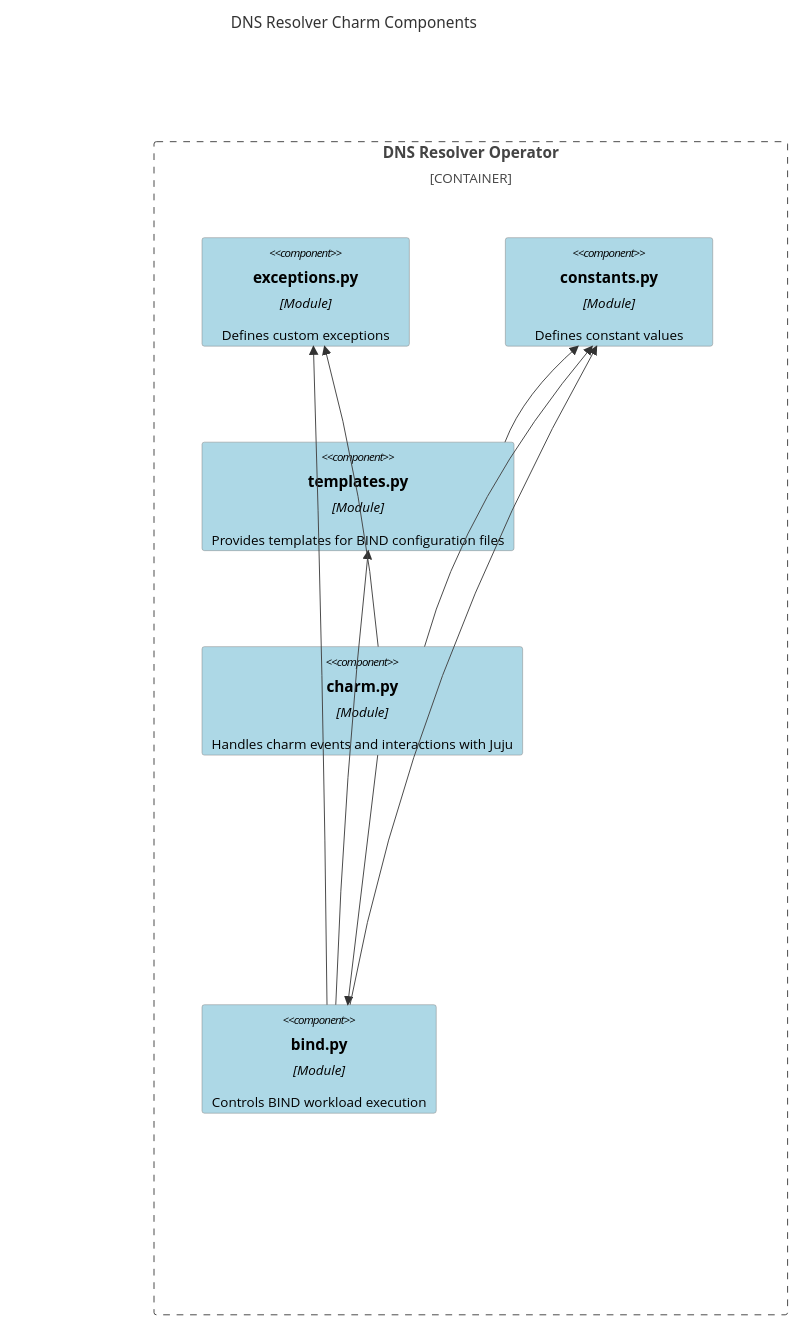
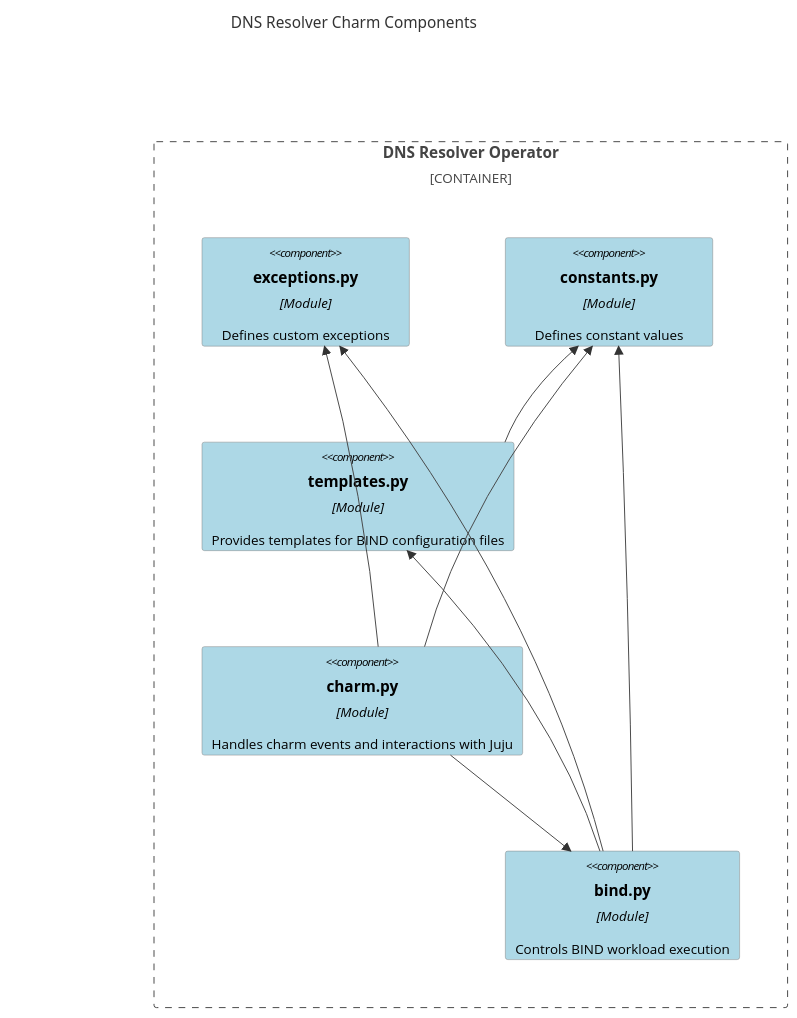
The diagram in docs/explanation/dns-resolver-charm-architecture.md (canonical/dns-operators), drawn with Mermaid before and after one commit.

Commit message:
Arrange diagram a bit

````diff
--- a/docs/explanation/dns-resolver-charm-architecture.md
+++ b/docs/explanation/dns-resolver-charm-architecture.md
@@ -6,37 +6,34 @@
 ```mermaid
 C4Component
 title DNS Resolver Charm Components
 
 UpdateLayoutConfig($c4ShapeInRow="3", $c4BoundaryInRow="2")
 
 Container_Boundary(dns-resolver-operator, "DNS Resolver Operator") {
     Component(exceptions, "exceptions.py", "Module", "Defines custom exceptions")
     Component(constants, "constants.py", "Module", "Defines constant values")
     Component(templates, "templates.py", "Module", "Provides templates for BIND configuration files")
     Component(charm, "charm.py", "Module", "Handles charm events and interactions with Juju")
     Component(empty1, "")
-    Component(empty2, "")
     Component(bind, "bind.py", "Module", "Controls BIND workload execution")
-    Component(empty3, "")
-    Component(empty4, "")
 
     UpdateElementStyle(empty1,  $bgColor="#0000", $borderColor="#0000")
     UpdateElementStyle(empty2,  $bgColor="#0000", $borderColor="#0000")
     UpdateElementStyle(empty3,  $bgColor="#0000", $borderColor="#0000")
     UpdateElementStyle(empty4,  $bgColor="#0000", $borderColor="#0000")
 
     Rel(charm, bind, "")
     Rel(bind, constants, "")
     Rel(bind, exceptions, "")
     Rel(bind, templates, "")
     Rel(charm, constants, "")
     Rel(charm, exceptions, "")
     Rel(templates, constants, "")
 }
 
 UpdateElementStyle(bind, $fontColor="black", $bgColor="lightblue", $borderColor="gray")
 UpdateElementStyle(charm, $fontColor="black", $bgColor="lightblue", $borderColor="gray")
 UpdateElementStyle(templates, $fontColor="black", $bgColor="lightblue", $borderColor="gray")
 UpdateElementStyle(constants, $fontColor="black", $bgColor="lightblue", $borderColor="gray")
 UpdateElementStyle(exceptions, $fontColor="black", $bgColor="lightblue", $borderColor="gray")
 ```
````
